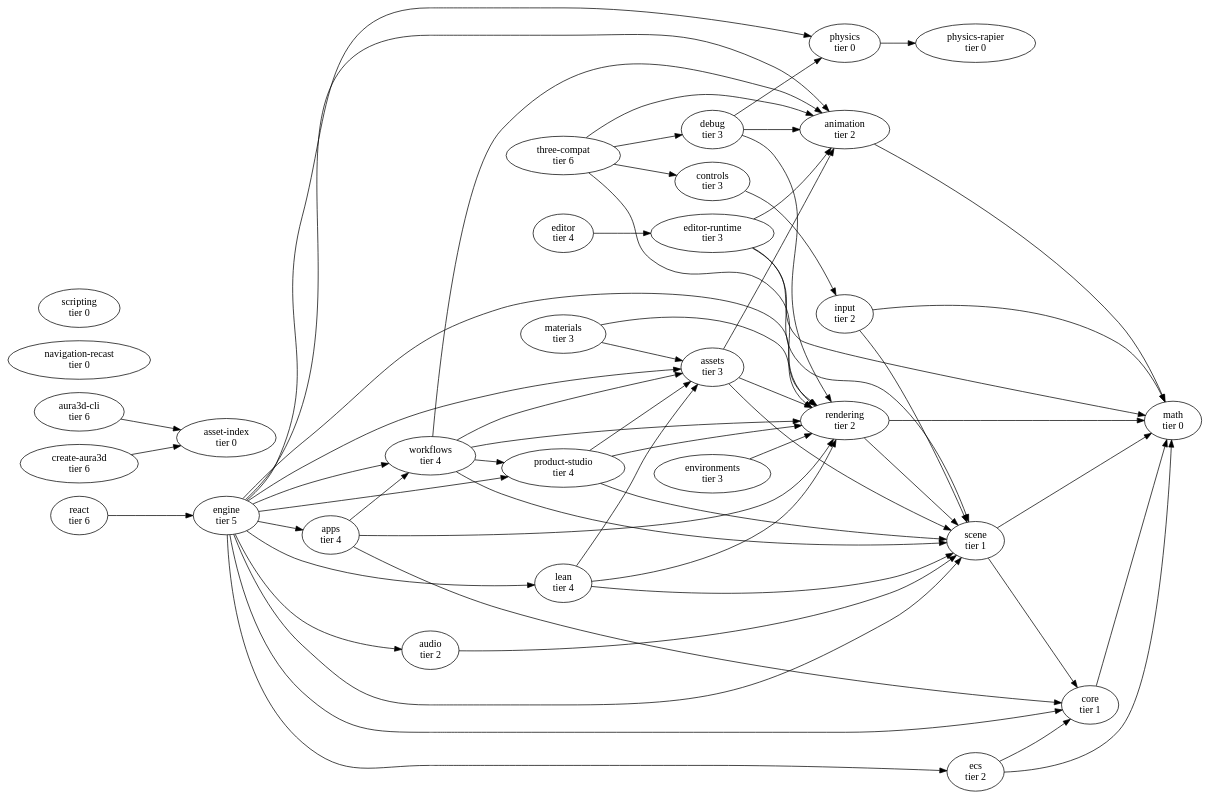
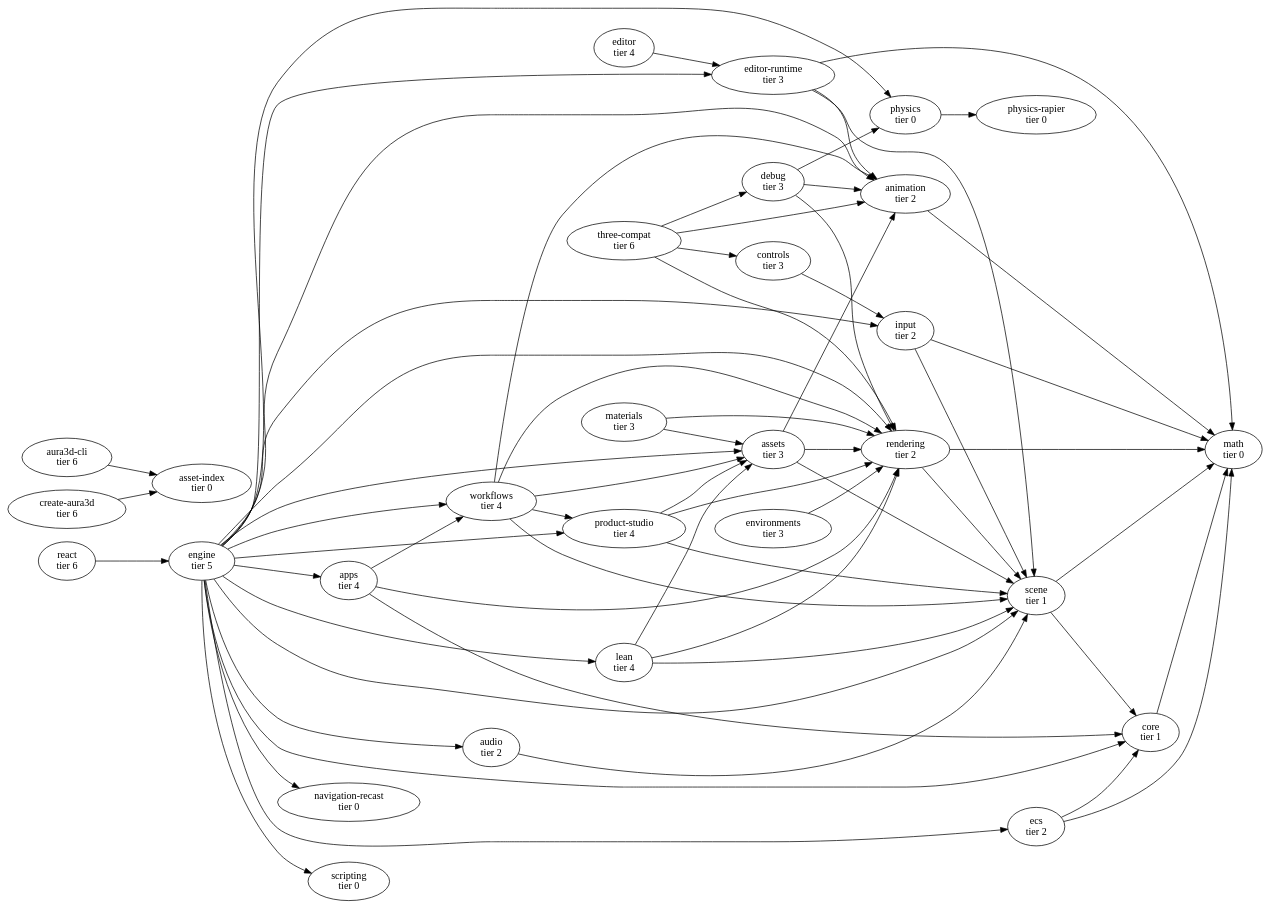
One commit to auraoneai/aura3d changed the diagram in docs/architecture/package-graph.dot. Above: the diagram before and after it, drawn with Graphviz. The commit also changed 654 other files, not shown here.

```diff
--- a/docs/architecture/package-graph.dot
+++ b/docs/architecture/package-graph.dot
@@ -1,91 +1,95 @@
 digraph aura3d {
   rankdir=LR;
   "animation" [label="animation\ntier 2"];
   "animation" -> "math";
   "apps" [label="apps\ntier 4"];
   "apps" -> "core";
   "apps" -> "rendering";
   "apps" -> "workflows";
   "asset-index" [label="asset-index\ntier 0"];
   "assets" [label="assets\ntier 3"];
   "assets" -> "animation";
   "assets" -> "rendering";
   "assets" -> "scene";
   "audio" [label="audio\ntier 2"];
   "audio" -> "scene";
   "aura3d-cli" [label="aura3d-cli\ntier 6"];
   "aura3d-cli" -> "asset-index";
   "controls" [label="controls\ntier 3"];
   "controls" -> "input";
   "core" [label="core\ntier 1"];
   "core" -> "math";
   "create-aura3d" [label="create-aura3d\ntier 6"];
   "create-aura3d" -> "asset-index";
   "debug" [label="debug\ntier 3"];
   "debug" -> "animation";
   "debug" -> "physics";
   "debug" -> "rendering";
   "ecs" [label="ecs\ntier 2"];
   "ecs" -> "core";
   "ecs" -> "math";
   "editor" [label="editor\ntier 4"];
   "editor" -> "editor-runtime";
   "editor-runtime" [label="editor-runtime\ntier 3"];
   "editor-runtime" -> "animation";
   "editor-runtime" -> "math";
   "editor-runtime" -> "scene";
   "engine" [label="engine\ntier 5"];
   "engine" -> "animation";
   "engine" -> "apps";
   "engine" -> "assets";
   "engine" -> "audio";
   "engine" -> "core";
   "engine" -> "ecs";
+  "engine" -> "editor-runtime";
+  "engine" -> "input";
   "engine" -> "lean";
+  "engine" -> "navigation-recast";
   "engine" -> "physics";
   "engine" -> "product-studio";
   "engine" -> "rendering";
   "engine" -> "scene";
+  "engine" -> "scripting";
   "engine" -> "workflows";
   "environments" [label="environments\ntier 3"];
   "environments" -> "rendering";
   "input" [label="input\ntier 2"];
   "input" -> "math";
   "input" -> "scene";
   "lean" [label="lean\ntier 4"];
   "lean" -> "assets";
   "lean" -> "rendering";
   "lean" -> "scene";
   "materials" [label="materials\ntier 3"];
   "materials" -> "assets";
   "materials" -> "rendering";
   "math" [label="math\ntier 0"];
   "navigation-recast" [label="navigation-recast\ntier 0"];
   "physics" [label="physics\ntier 0"];
   "physics" -> "physics-rapier";
   "physics-rapier" [label="physics-rapier\ntier 0"];
   "product-studio" [label="product-studio\ntier 4"];
   "product-studio" -> "assets";
   "product-studio" -> "rendering";
   "product-studio" -> "scene";
   "react" [label="react\ntier 6"];
   "react" -> "engine";
   "rendering" [label="rendering\ntier 2"];
   "rendering" -> "math";
   "rendering" -> "scene";
   "scene" [label="scene\ntier 1"];
   "scene" -> "core";
   "scene" -> "math";
   "scripting" [label="scripting\ntier 0"];
   "three-compat" [label="three-compat\ntier 6"];
   "three-compat" -> "animation";
   "three-compat" -> "controls";
   "three-compat" -> "debug";
   "three-compat" -> "rendering";
   "workflows" [label="workflows\ntier 4"];
   "workflows" -> "animation";
   "workflows" -> "assets";
   "workflows" -> "product-studio";
   "workflows" -> "rendering";
   "workflows" -> "scene";
 }
```
